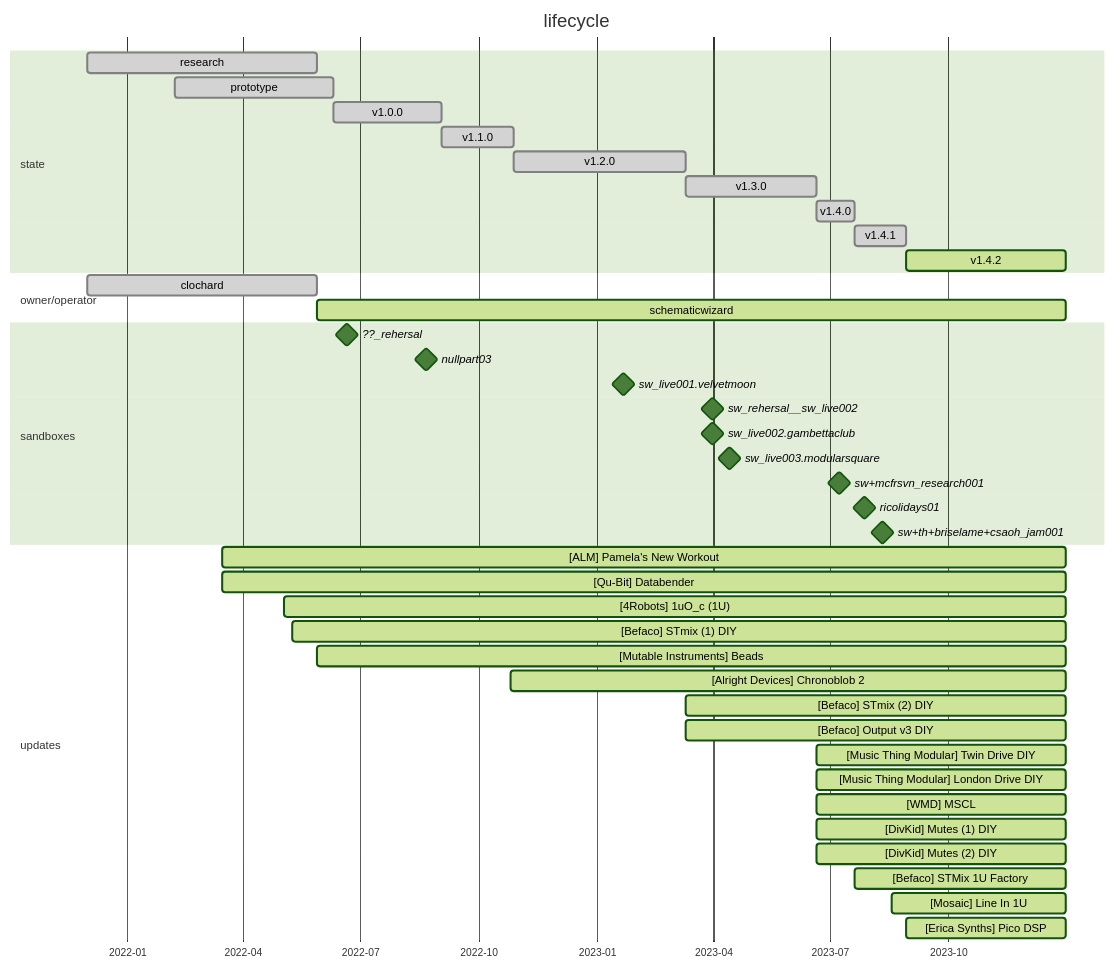
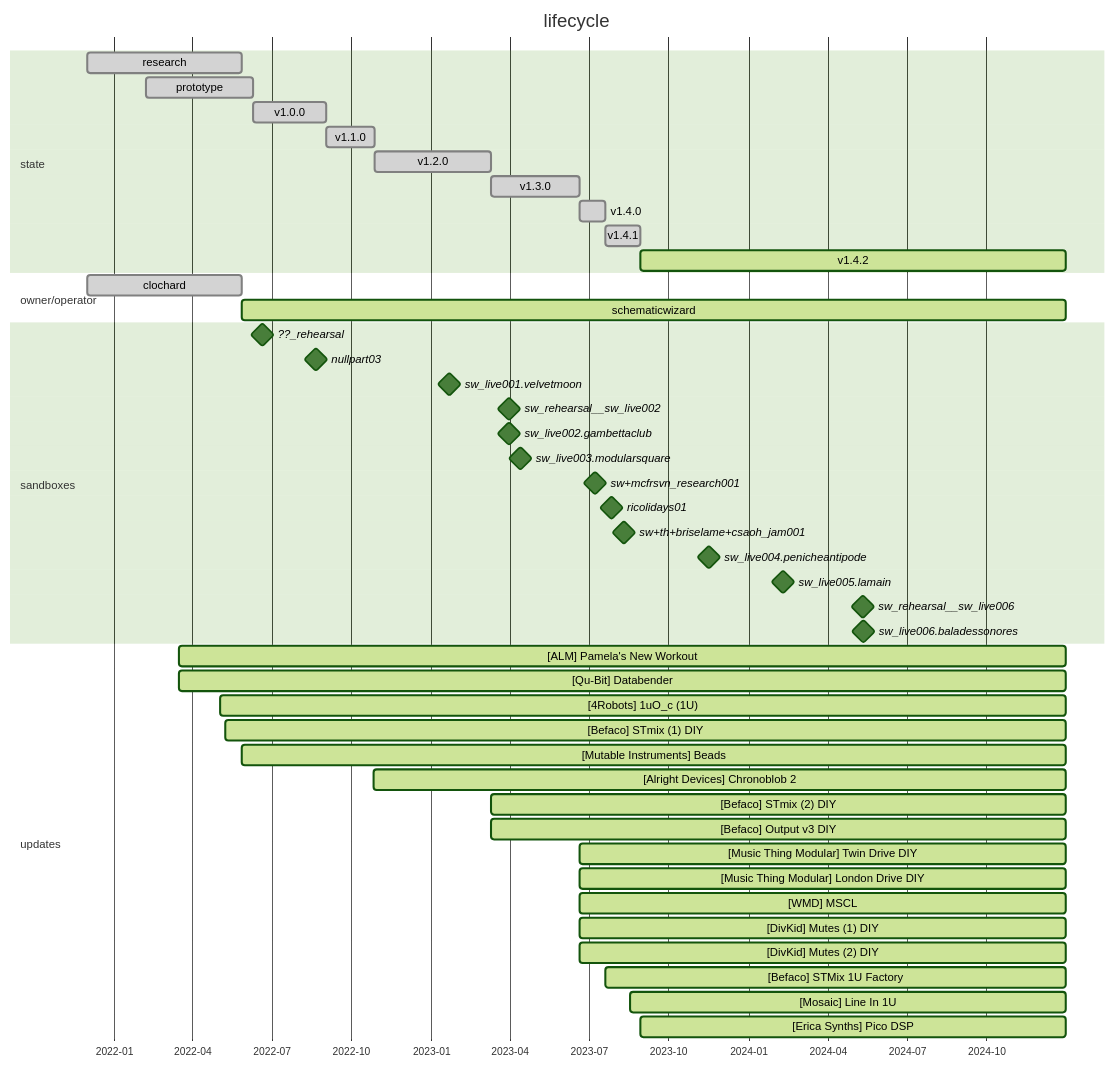
The diagram in ELEMENTS/ELM-0004/README.md (bill-of-materials/data), drawn with Mermaid (forest theme) before and after one commit. The commit also changed 4 other files, not shown here.

````diff
--- a/ELEMENTS/ELM-0004/README.md
+++ b/ELEMENTS/ELM-0004/README.md
@@ -119,52 +119,56 @@
 ``` mermaid
 gantt
   todayMarker off
 
   title         lifecycle
   dateFormat    YYYY-MM-DD
   axisFormat    %Y-%m
 
   section state
   research   :done,      2021-12-01, 2022-05-28
   prototype  :done,      2022-02-07, 2022-06-10
   v1.0.0     :done,      2022-06-10, 2022-09-02
   v1.1.0     :done,      2022-09-02, 2022-10-28
   v1.2.0     :done,      2022-10-28, 2023-03-11
   v1.3.0     :done,      2023-03-11, 2023-06-20
   v1.4.0     :done,      2023-06-20, 2023-07-20
   v1.4.1     :done,      2023-07-20, 2023-08-29
-  v1.4.2     :active,    2023-08-29, 2023-12-31
+  v1.4.2     :active,    2023-08-29, 2024-12-31
 
   section owner/operator
   clochard          :done,      2021-12-01, 2022-05-28
-  schematicwizard   :active,    2022-05-28, 2023-12-31
+  schematicwizard   :active,    2022-05-28, 2024-12-31
 
   section sandboxes
-  ??_rehersal                  :milestone, 2022-06-20, 1d
+  ??_rehearsal                 :milestone, 2022-06-20, 1d
   nullpart03                   :milestone, 2022-08-14, 2022-08-28
   sw_live001.velvetmoon        :milestone, 2023-01-21, 1d
-  sw_rehersal__sw_live002      :milestone, 2023-03-31, 1d
+  sw_rehearsal__sw_live002     :milestone, 2023-03-31, 1d
   sw_live002.gambettaclub      :milestone, 2023-03-31, 1d
   sw_live003.modularsquare     :milestone, 2023-04-13, 1d
   sw+mcfrsvn_research001       :milestone, 2023-07-07, 2d
   ricolidays01                 :milestone, 2023-07-24, 2023-07-31
   sw+th+briselame+csaoh_jam001 :milestone, 2023-08-10, 1d
+  sw_live004.penicheantipode   :milestone, 2023-11-16, 1d
+  sw_live005.lamain            :milestone, 2024-02-09, 1d
+  sw_rehearsal__sw_live006     :milestone, 2024-05-11, 1d
+  sw_live006.baladessonores    :milestone, 2024-05-12, 1d
 
   section updates
-  [ALM] Pamela's New Workout                    :active,    2022-03-16, 2023-12-31
-  [Qu-Bit] Databender                           :active,    2022-03-16, 2023-12-31
-  [4Robots] 1uO_c (1U)                          :active,    2022-05-03, 2023-12-31
-  [Befaco] STmix (1) DIY                        :active,    2022-05-09, 2023-12-31
-  [Mutable Instruments] Beads                   :active,    2022-05-28, 2023-12-31
-  [Alright Devices] Chronoblob 2                :active,    2022-10-26, 2023-12-31
-  [Befaco] STmix (2) DIY                        :active,    2023-03-11, 2023-12-31
-  [Befaco] Output v3 DIY                        :active,    2023-03-11, 2023-12-31
-  [Music Thing Modular] Twin Drive DIY          :active,    2023-06-20, 2023-12-31
-  [Music Thing Modular] London Drive DIY        :active,    2023-06-20, 2023-12-31
-  [WMD] MSCL                                    :active,    2023-06-20, 2023-12-31
-  [DivKid] Mutes (1) DIY                        :active,    2023-06-20, 2023-12-31
-  [DivKid] Mutes (2) DIY                        :active,    2023-06-20, 2023-12-31
-  [Befaco] STMix 1U Factory                     :active,    2023-07-20, 2023-12-31
-  [Mosaic] Line In 1U                           :active,    2023-08-18, 2023-12-31
-  [Erica Synths] Pico DSP                       :active,    2023-08-29, 2023-12-31
+  [ALM] Pamela's New Workout                    :active,    2022-03-16, 2024-12-31
+  [Qu-Bit] Databender                           :active,    2022-03-16, 2024-12-31
+  [4Robots] 1uO_c (1U)                          :active,    2022-05-03, 2024-12-31
+  [Befaco] STmix (1) DIY                        :active,    2022-05-09, 2024-12-31
+  [Mutable Instruments] Beads                   :active,    2022-05-28, 2024-12-31
+  [Alright Devices] Chronoblob 2                :active,    2022-10-26, 2024-12-31
+  [Befaco] STmix (2) DIY                        :active,    2023-03-11, 2024-12-31
+  [Befaco] Output v3 DIY                        :active,    2023-03-11, 2024-12-31
+  [Music Thing Modular] Twin Drive DIY          :active,    2023-06-20, 2024-12-31
+  [Music Thing Modular] London Drive DIY        :active,    2023-06-20, 2024-12-31
+  [WMD] MSCL                                    :active,    2023-06-20, 2024-12-31
+  [DivKid] Mutes (1) DIY                        :active,    2023-06-20, 2024-12-31
+  [DivKid] Mutes (2) DIY                        :active,    2023-06-20, 2024-12-31
+  [Befaco] STMix 1U Factory                     :active,    2023-07-20, 2024-12-31
+  [Mosaic] Line In 1U                           :active,    2023-08-18, 2024-12-31
+  [Erica Synths] Pico DSP                       :active,    2023-08-29, 2024-12-31
 ```
````
